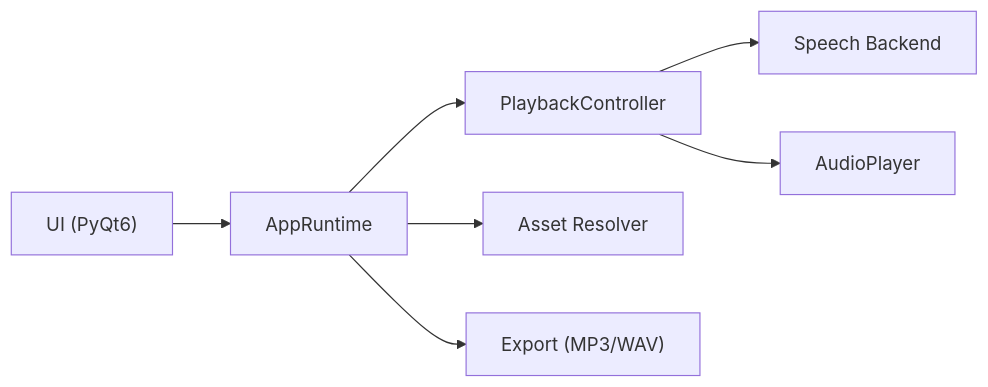
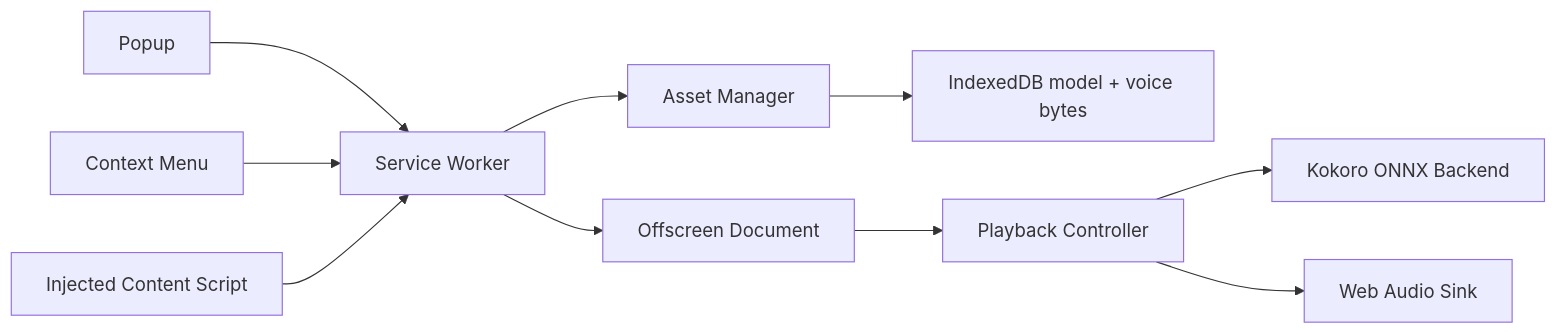
One commit to ematta/kookie changed the diagram in docs/architecture.md. Above: the diagram before and after it, drawn with Mermaid. The commit also changed other lines of this file and 665 other files, not shown here.

````diff
--- a/docs/architecture.md
+++ b/docs/architecture.md
@@ -19,9 +7,12 @@
 ```mermaid
 flowchart LR
-    A["UI (PyQt6)"] --> B["AppRuntime"]
-    B --> C["PlaybackController"]
-    C --> D["Speech Backend"]
-    C --> E["AudioPlayer"]
-    B --> F["Asset Resolver"]
-    B --> G["Export (MP3/WAV)"]
+    A["Popup"] --> B["Service Worker"]
+    C["Context Menu"] --> B
+    D["Injected Content Script"] --> B
+    B --> E["Asset Manager"]
+    E --> F["IndexedDB model + voice bytes"]
+    B --> G["Offscreen Document"]
+    G --> H["Playback Controller"]
+    H --> I["Kokoro ONNX Backend"]
+    H --> J["Web Audio Sink"]
 ```
````
